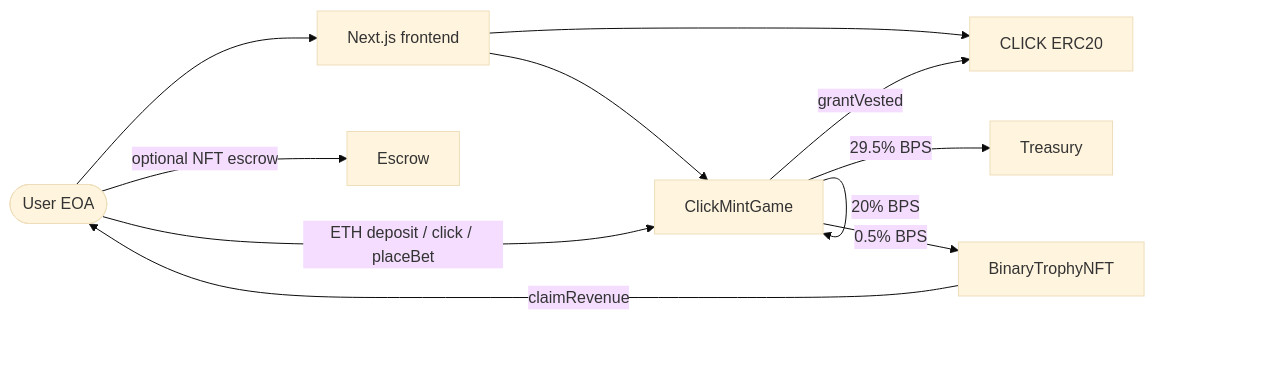
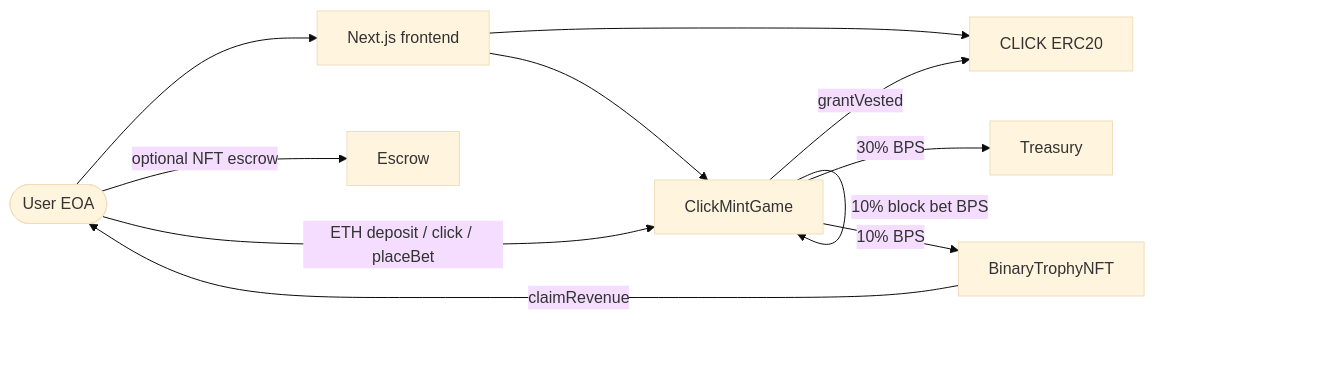
Before and after one commit to Wickednights/ClickMint: the diagram in docs/ARCHITECTURE.md, drawn with Mermaid (base theme). The commit also changed 11 other files, not shown here.

````diff
--- a/docs/ARCHITECTURE.md
+++ b/docs/ARCHITECTURE.md
@@ -7,25 +7,25 @@
 ```mermaid
 flowchart LR
   User([User EOA])
   UI[Next.js frontend]
 
   Game[ClickMintGame]
   CLICK[CLICK ERC20]
   Treasury[Treasury]
   Trophy[BinaryTrophyNFT]
   Escrow[Escrow]
 
   User --> UI
   UI --> Game
   UI --> CLICK
 
   User -->|ETH deposit / click / placeBet| Game
   Game -->|50% pot BPS| Game
-  Game -->|29.5% BPS| Treasury
-  Game -->|20% BPS| Game
-  Game -->|0.5% BPS| Trophy
+  Game -->|30% BPS| Treasury
+  Game -->|10% block bet BPS| Game
+  Game -->|10% BPS| Trophy
   Game -->|grantVested| CLICK
 
   Trophy -->|claimRevenue| User
   User -->|optional NFT escrow| Escrow
 ```
````
